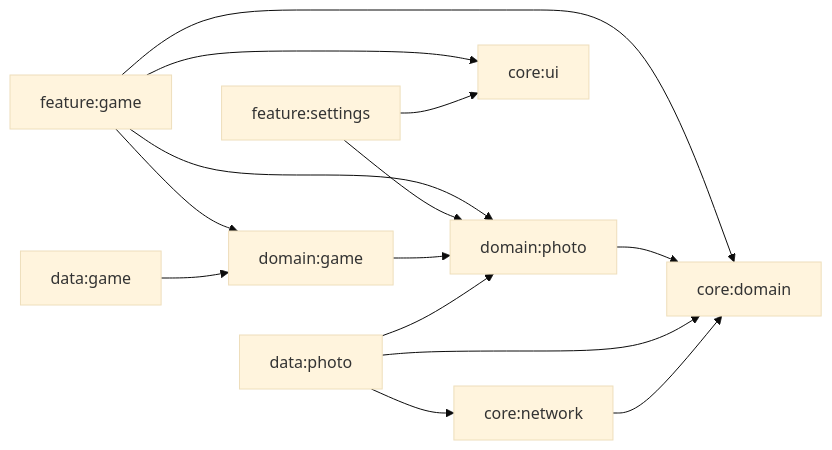
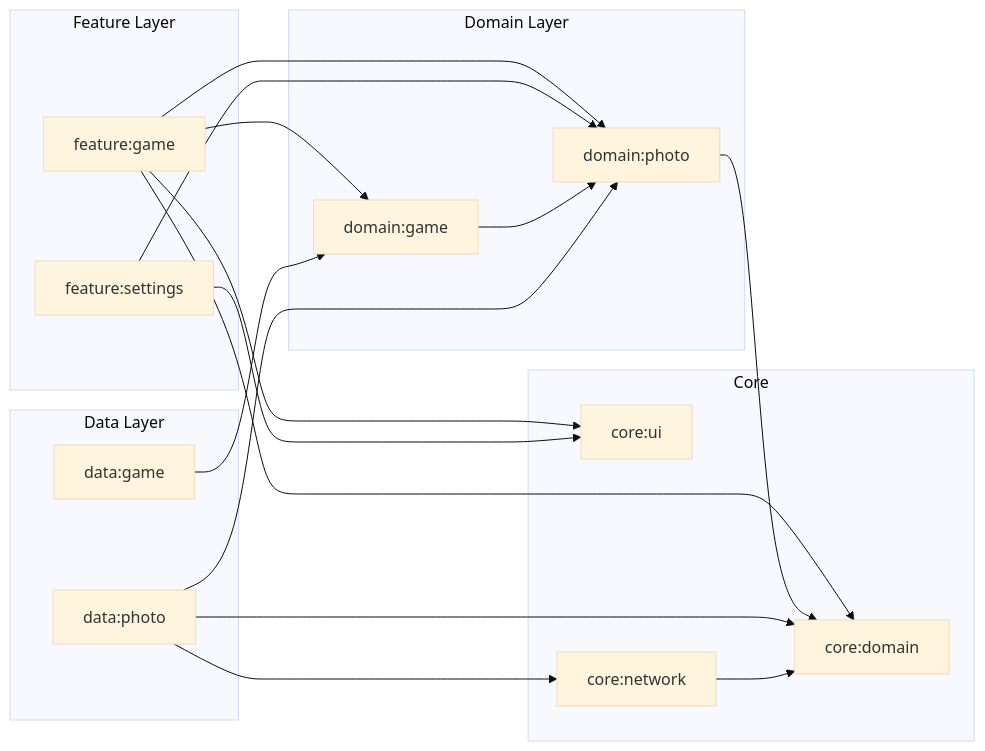
Before and after one commit to Knotworking/Where-Am-I: the diagram in README.md, drawn with Mermaid (base theme). The commit also changed 1 other file, not shown here.

Commit message:
add subgraphs to mermaid diagram in readme

````diff
--- a/README.md
+++ b/README.md
@@ -22,16 +22,40 @@
 ```mermaid
 graph LR
-    feature_game["feature:game"] --> domain_game["domain:game"]
-    feature_game --> domain_photo["domain:photo"]
-    feature_game --> core_ui["core:ui"]
-    feature_game --> core_domain["core:domain"]
-    feature_settings["feature:settings"] --> domain_photo
-    feature_settings --> core_ui
-    domain_game --> domain_photo
-    domain_photo --> core_domain
-    data_photo["data:photo"] --> domain_photo
-    data_photo --> core_network["core:network"]
-    data_photo --> core_domain
-    data_game["data:game"] --> domain_game
-    core_network --> core_domain["core:domain"]
+   subgraph features["Feature Layer"]
+      feature_game["feature:game"]
+      feature_settings["feature:settings"]
+   end
+
+   subgraph domains["Domain Layer"]
+      domain_game["domain:game"]
+      domain_photo["domain:photo"]
+   end
+
+   subgraph data["Data Layer"]
+      data_game["data:game"]
+      data_photo["data:photo"]
+   end
+
+   subgraph core["Core"]
+      core_ui["core:ui"]
+      core_domain["core:domain"]
+      core_network["core:network"]
+   end
+
+   feature_game --> domain_game
+   feature_game --> domain_photo
+   feature_game --> core_ui
+   feature_game --> core_domain
+   feature_settings --> domain_photo
+   feature_settings --> core_ui
+
+   domain_game --> domain_photo
+   domain_photo --> core_domain
+
+   data_game --> domain_game
+   data_photo --> domain_photo
+   data_photo --> core_network
+   data_photo --> core_domain
+
+   core_network --> core_domain
 ```
````
